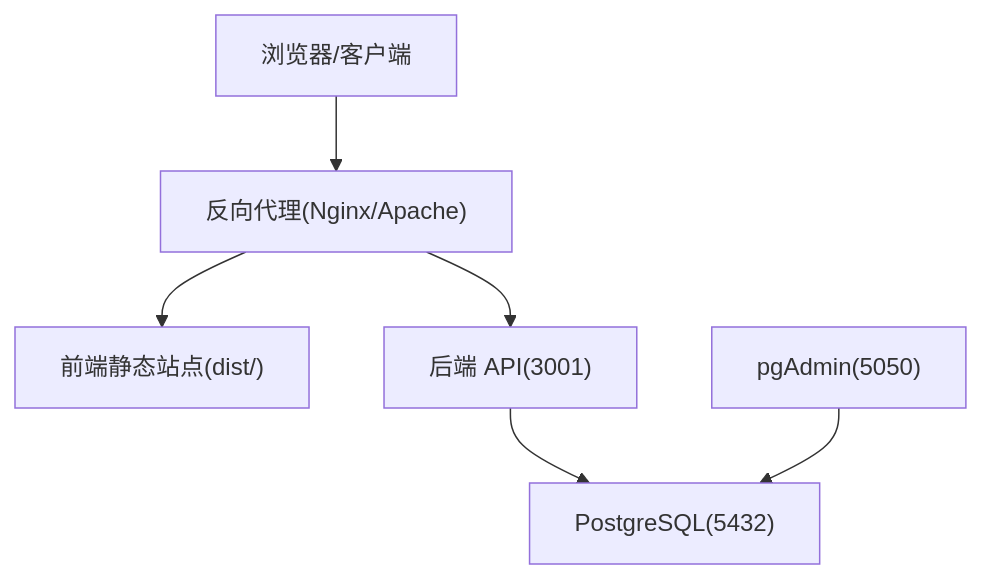
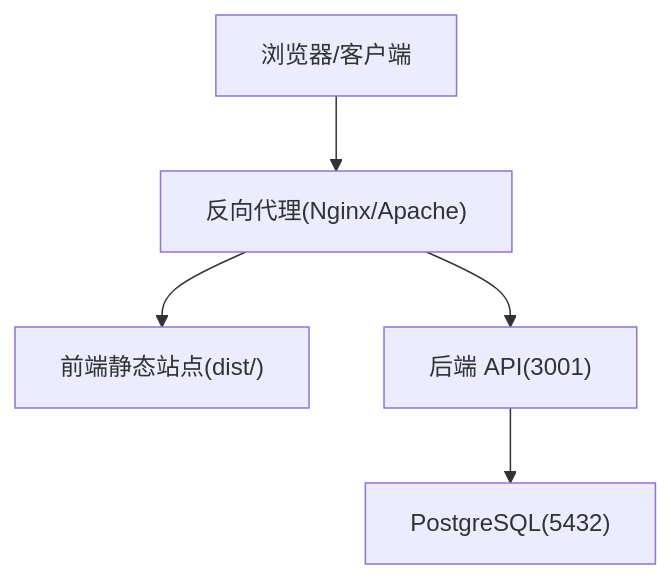
The second of 8 diagrams in .qoder/repowiki/zh/content/部署架构.md (ideeinfo/TwinSight), drawn with Mermaid before and after one commit. The commit also changed other lines of this file and 4 other files, not shown here.

````diff
--- a/.qoder/repowiki/zh/content/部署架构.md
+++ b/.qoder/repowiki/zh/content/部署架构.md
@@ -100,8 +96,7 @@
 ```mermaid
 graph TB
 Client["浏览器/客户端"] --> Proxy["反向代理(Nginx/Apache)"]
 Proxy --> FE["前端静态站点(dist/)"]
 Proxy --> API["后端 API(3001)"]
 API --> DB["PostgreSQL(5432)"]
-DB_Admin["pgAdmin(5050)"] --> DB
 ```
````
